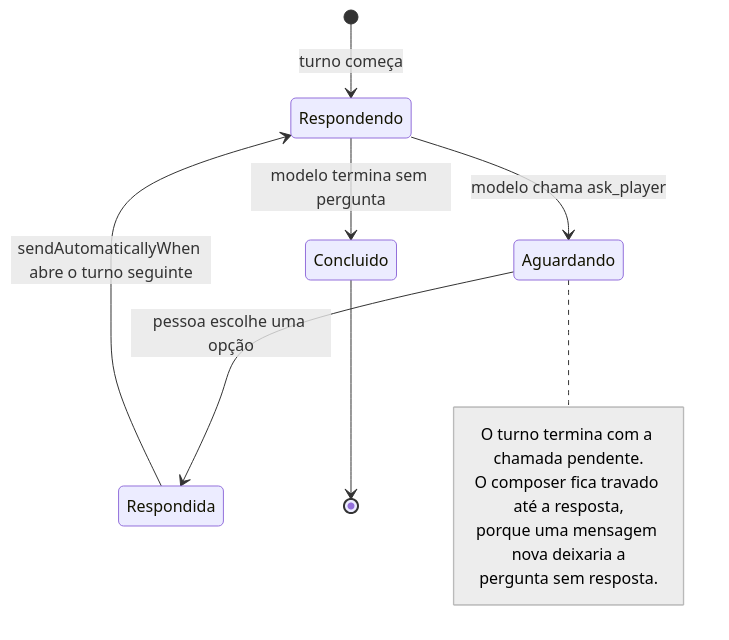
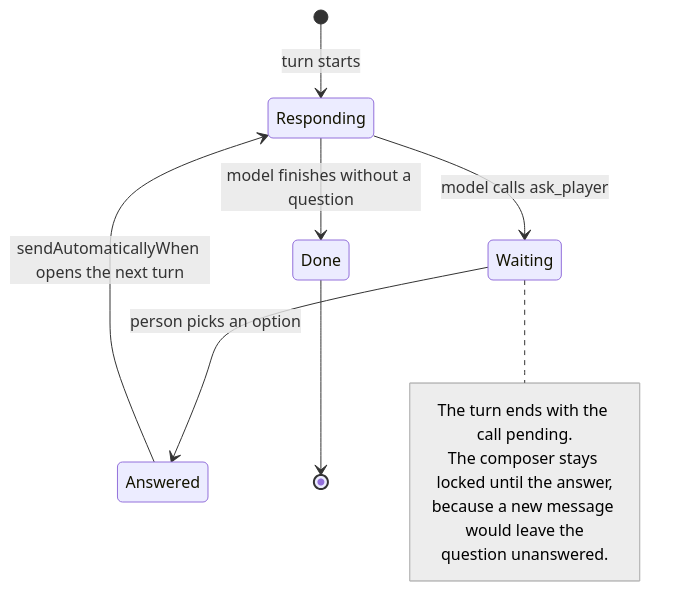
One commit to renatomf/nextjs-playforge changed the second of 6 diagrams in README.md. Above: the diagram before and after it, drawn with Mermaid. The commit also changed other lines of this file and 5 other files, not shown here.

````diff
--- a/README.md
+++ b/README.md
@@ -195,17 +196,17 @@
 ```mermaid
 %%{init: {'themeVariables': {'clusterBkg': 'rgba(127,127,127,0.14)', 'clusterBorder': 'rgba(127,127,127,0.50)', 'noteBkgColor': 'rgba(127,127,127,0.14)', 'noteBorderColor': 'rgba(127,127,127,0.50)', 'labelBoxBkgColor': 'rgba(127,127,127,0.14)', 'labelBoxBorderColor': 'rgba(127,127,127,0.50)'}}}%%
 stateDiagram-v2
-    [*] --> Respondendo: turno começa
-    Respondendo --> Aguardando: modelo chama ask_player
-    Aguardando --> Respondida: pessoa escolhe uma opção
-    Respondida --> Respondendo: sendAutomaticallyWhen abre o turno seguinte
-    Respondendo --> Concluido: modelo termina sem pergunta
-    Concluido --> [*]
+    [*] --> Responding: turn starts
+    Responding --> Waiting: model calls ask_player
+    Waiting --> Answered: person picks an option
+    Answered --> Responding: sendAutomaticallyWhen opens the next turn
+    Responding --> Done: model finishes without a question
+    Done --> [*]
 
-    note right of Aguardando
-        O turno termina com a chamada pendente.
-        O composer fica travado até a resposta,
-        porque uma mensagem nova deixaria a
-        pergunta sem resposta.
+    note right of Waiting
+        The turn ends with the call pending.
+        The composer stays locked until the answer,
+        because a new message would leave the
+        question unanswered.
     end note
 ```
````
